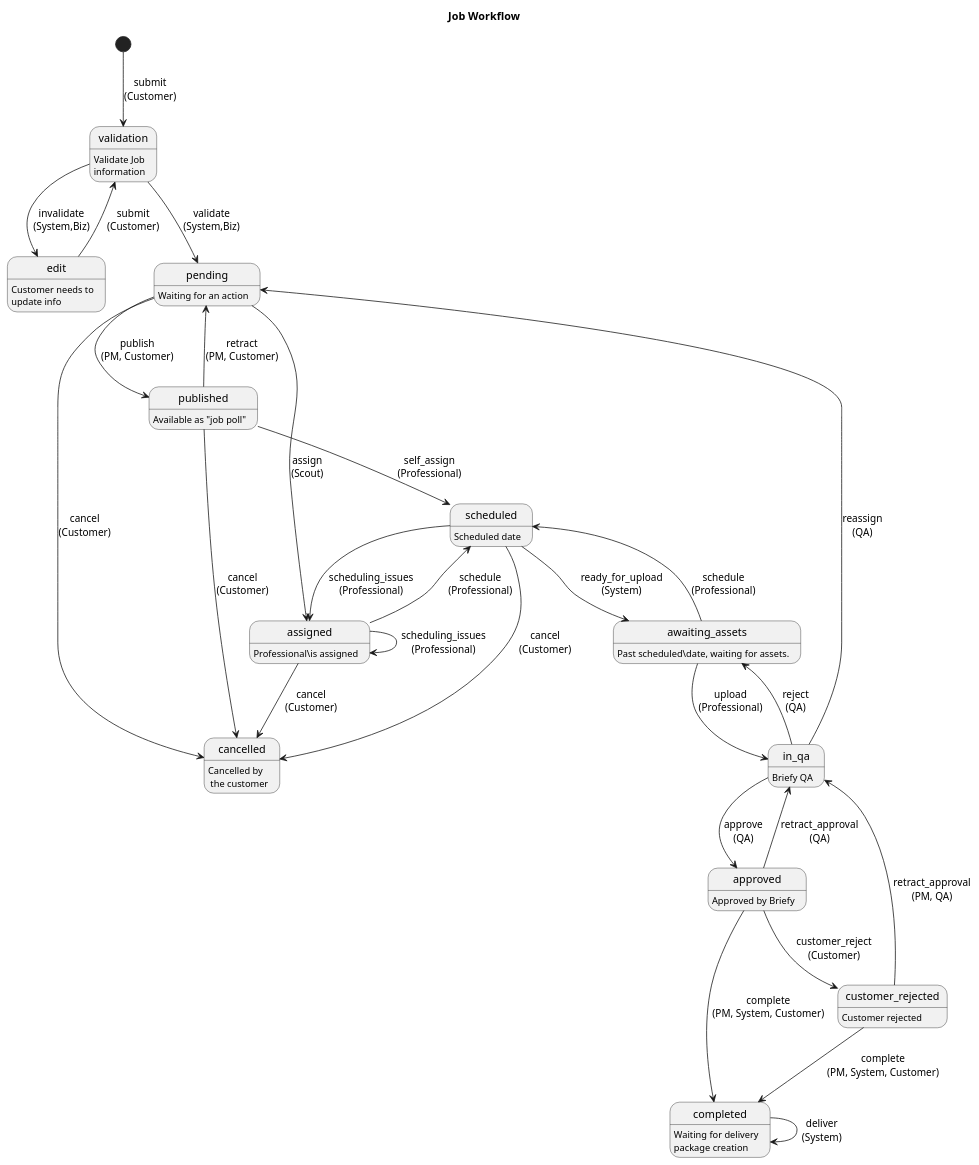
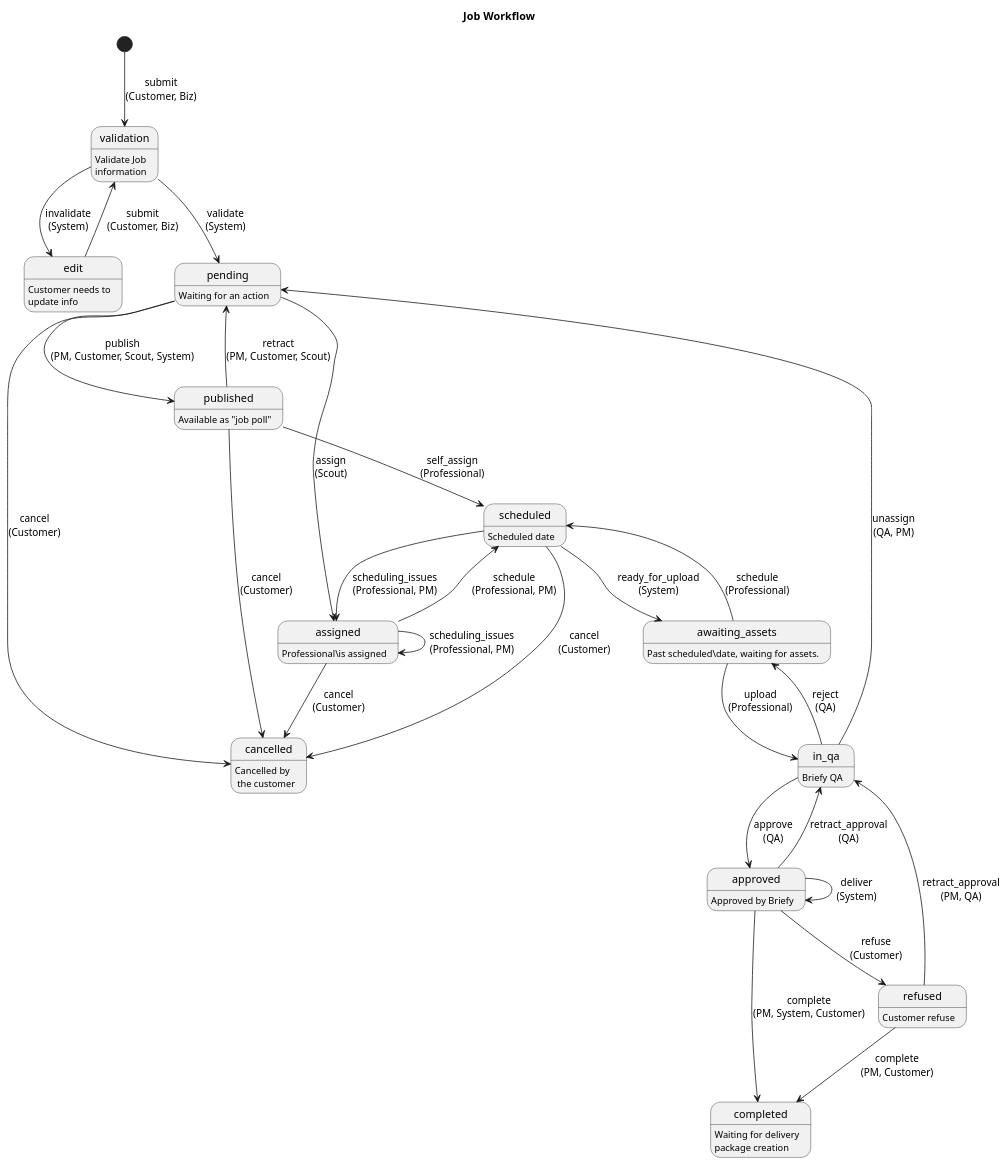
One commit to BriefyHQ/briefy.leica changed the diagram in docs/objects/job.rst. Above: the diagram before and after it, drawn with PlantUML. The commit also changed 1 other file, not shown here.

Commit message:
Update workflow docs

```diff
--- a/docs/objects/job.rst
+++ b/docs/objects/job.rst
@@ -7,48 +7,48 @@
 .. uml::
 
     @startuml
 
     title Job Workflow
 
     state validation: Validate Job\ninformation
     state edit: Customer needs to\nupdate info
     state pending: Waiting for an action
     state published: Available as "job poll"
     state assigned: Professional\is assigned
     state scheduled: Scheduled date
     state cancelled: Cancelled by\n the customer
     state awaiting_assets: Past scheduled\date, waiting for assets.
     state in_qa: Briefy QA
     state approved: Approved by Briefy
     state completed: Waiting for delivery\npackage creation
-    state customer_rejected: Customer rejected
+    state refused: Customer refuse
 
-    [*] --> validation : submit\n(Customer)
-    validation --> edit : invalidate\n(System,Biz)
-    edit --> validation : submit\n(Customer)
-    validation --> pending : validate\n(System,Biz)
+    [*] --> validation : submit\n(Customer, Biz)
+    validation --> edit : invalidate\n(System)
+    edit --> validation : submit\n(Customer, Biz)
+    validation --> pending : validate\n(System)
     pending --> assigned: assign\n(Scout)
-    pending --> published: publish\n(PM, Customer)
-    published --> pending: retract\n(PM, Customer)
+    pending --> published: publish\n(PM, Customer, Scout, System)
+    published --> pending: retract\n(PM, Customer, Scout)
     published --> scheduled: self_assign\n(Professional)
-    assigned --> scheduled: schedule\n(Professional)
-    assigned --> assigned: scheduling_issues\n(Professional)
-    scheduled --> assigned: scheduling_issues\n(Professional)
+    assigned --> scheduled: schedule\n(Professional, PM)
+    assigned --> assigned: scheduling_issues\n(Professional, PM)
+    scheduled --> assigned: scheduling_issues\n(Professional, PM)
     awaiting_assets --> scheduled: schedule\n(Professional)
     scheduled --> awaiting_assets: ready_for_upload\n(System)
     awaiting_assets --> in_qa: upload\n(Professional)
     in_qa --> awaiting_assets: reject\n(QA)
     in_qa --> approved: approve\n(QA)
-    in_qa --> pending: reassign\n(QA)
+    in_qa --> pending: unassign\n(QA, PM)
     approved --> in_qa: retract_approval\n(QA)
     approved --> completed: complete\n(PM, System, Customer)
-    approved --> customer_rejected: customer_reject\n(Customer)
-    customer_rejected --> completed: complete\n(PM, System, Customer)
-    customer_rejected --> in_qa: retract_approval\n(PM, QA)
-    completed --> completed: deliver\n(System)
+    approved --> refused: refuse\n(Customer)
+    approved --> approved: deliver\n(System)
+    refused --> completed: complete\n(PM, Customer)
+    refused --> in_qa: retract_approval\n(PM, QA)
     pending --> cancelled: cancel\n(Customer)
     published --> cancelled: cancel\n(Customer)
     assigned --> cancelled: cancel\n(Customer)
     scheduled --> cancelled: cancel\n(Customer)
 
     @enduml
```
